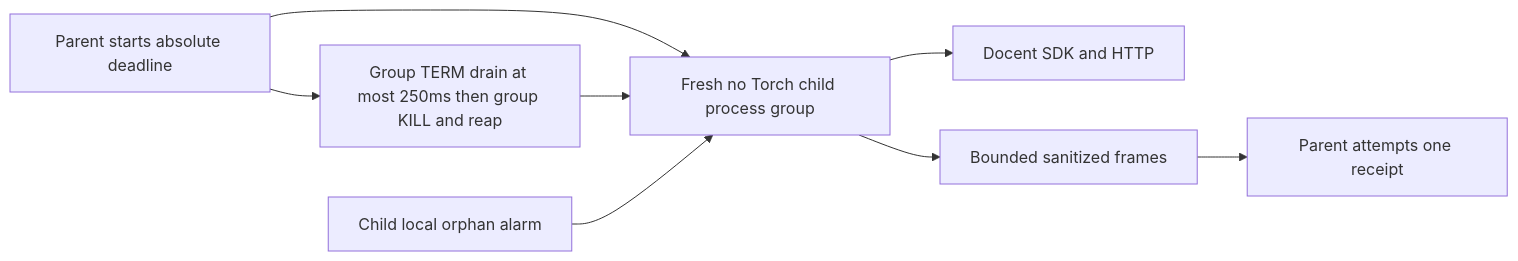
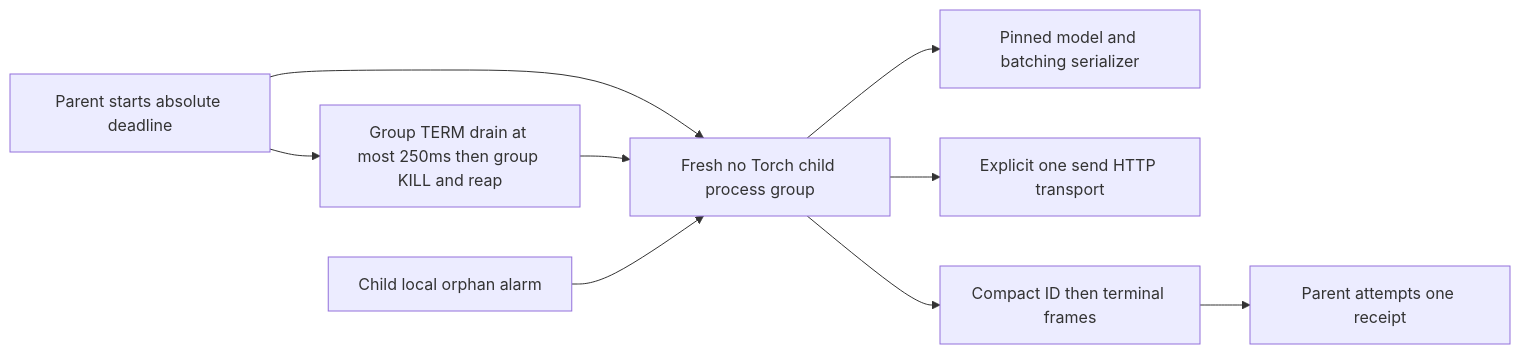
Before and after one commit to ethanelasky/debate: the eighth of 10 diagrams in docs/job_scheduler.md, drawn with Mermaid. The commit also changed other lines of this file and 15 other files, not shown here.

````diff
--- a/docs/job_scheduler.md
+++ b/docs/job_scheduler.md
@@ -477,10 +463,11 @@
 ```mermaid
 flowchart LR
     P[Parent starts absolute deadline] --> C[Fresh no Torch child process group]
-    C --> D[Docent SDK and HTTP]
-    C --> F[Bounded sanitized frames]
+    C --> M[Pinned model and batching serializer]
+    C --> D[Explicit one send HTTP transport]
+    C --> F[Compact ID then terminal frames]
     F --> R[Parent attempts one receipt]
     P --> K[Group TERM drain at most 250ms then group KILL and reap]
     K --> C
     A[Child local orphan alarm] --> C
 ```
````
